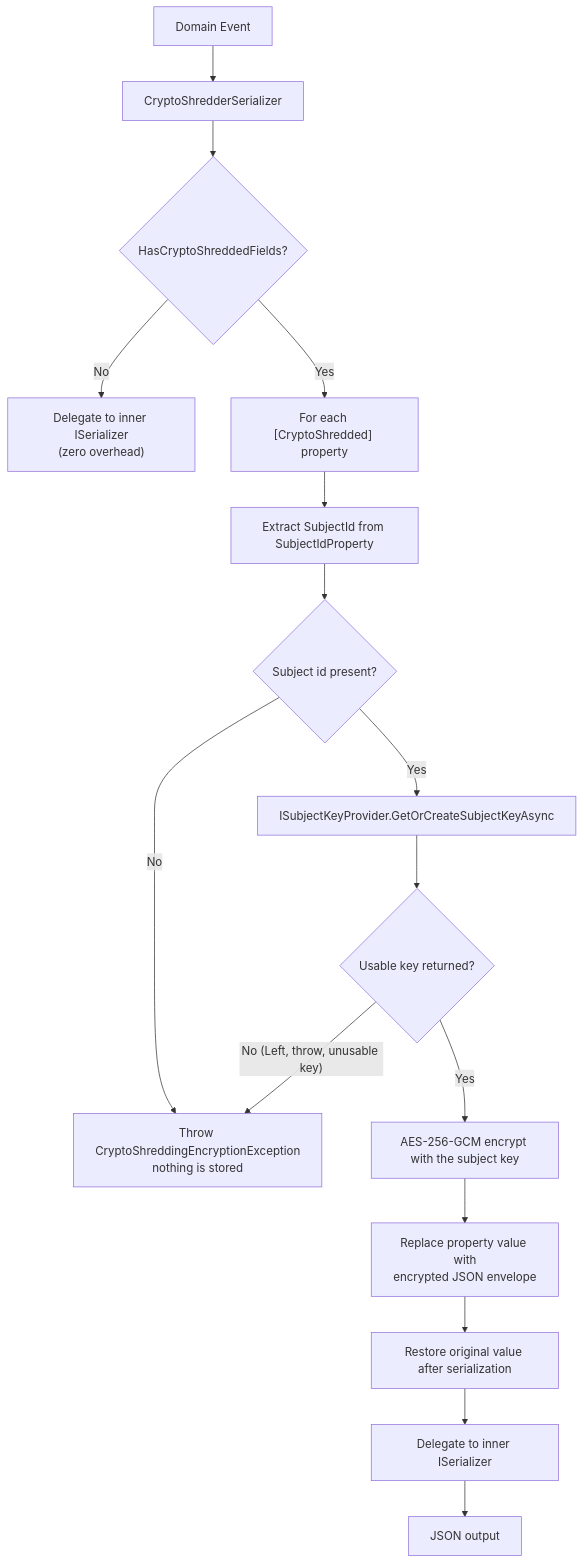
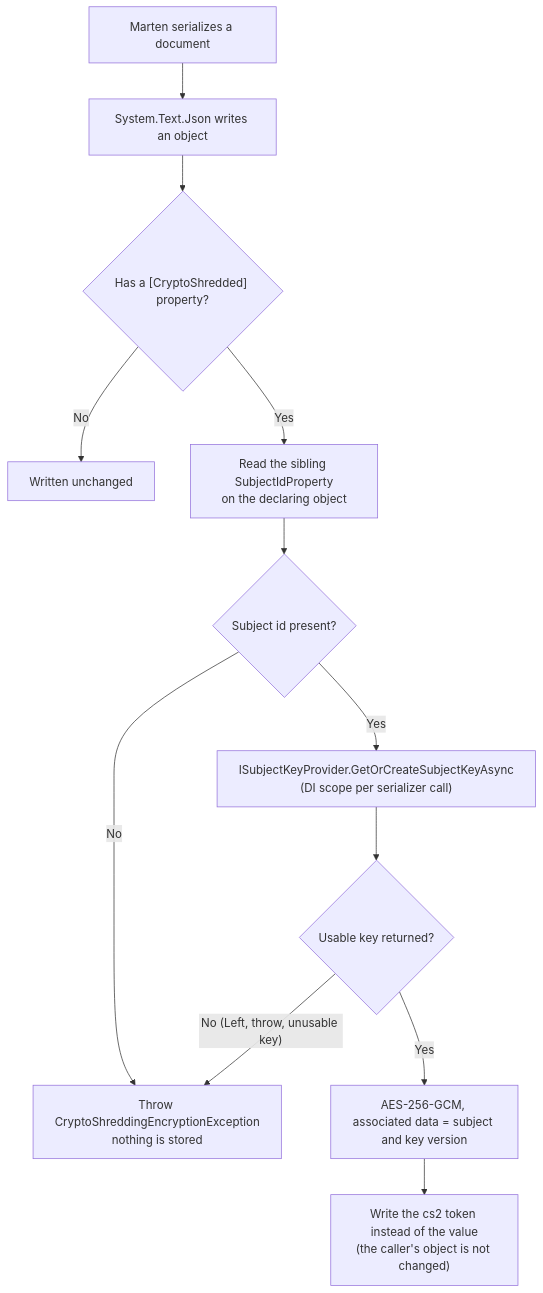
One commit to dlrivada/Encina changed the second of 5 diagrams in docs/features/crypto-shredding.md. Above: the diagram before and after it, drawn with Mermaid. The commit also changed other lines of this file and 4 other files, not shown here.

Commit message:
docs(marten-gdpr): nested crypto-shredding feature page, README and ADR-034 (#1698)

````diff
--- a/docs/features/crypto-shredding.md
+++ b/docs/features/crypto-shredding.md
@@ -113,18 +119,14 @@
 ```mermaid
 flowchart TD
-    A["Domain Event"] --> B["CryptoShredderSerializer"]
-    B --> C{"HasCryptoShreddedFields?"}
-    C -- "No" --> D["Delegate to inner ISerializer<br/>(zero overhead)"]
-    C -- "Yes" --> E["For each [CryptoShredded] property"]
-    E --> F["Extract SubjectId from SubjectIdProperty"]
-    F --> F2{"Subject id present?"}
-    F2 -- "No" --> X["Throw CryptoShreddingEncryptionException<br/>nothing is stored"]
-    F2 -- "Yes" --> G["ISubjectKeyProvider.GetOrCreateSubjectKeyAsync"]
+    A["Marten serializes a document"] --> B["System.Text.Json writes an object"]
+    B --> C{"Has a [CryptoShredded] property?"}
+    C -- "No" --> D["Written unchanged"]
+    C -- "Yes" --> E["Read the sibling SubjectIdProperty<br/>on the declaring object"]
+    E --> F{"Subject id present?"}
+    F -- "No" --> X["Throw CryptoShreddingEncryptionException<br/>nothing is stored"]
+    F -- "Yes" --> G["ISubjectKeyProvider.GetOrCreateSubjectKeyAsync<br/>(DI scope per serializer call)"]
     G --> G2{"Usable key returned?"}
     G2 -- "No (Left, throw, unusable key)" --> X
-    G2 -- "Yes" --> H["AES-256-GCM encrypt with the subject key"]
-    H --> I["Replace property value with<br/>encrypted JSON envelope"]
-    I --> J["Restore original value after serialization"]
-    J --> K["Delegate to inner ISerializer"]
-    K --> L["JSON output"]
+    G2 -- "Yes" --> H["AES-256-GCM, associated data = subject and key version"]
+    H --> I["Write the cs2 token instead of the value<br/>(the caller's object is not changed)"]
 ```
````
